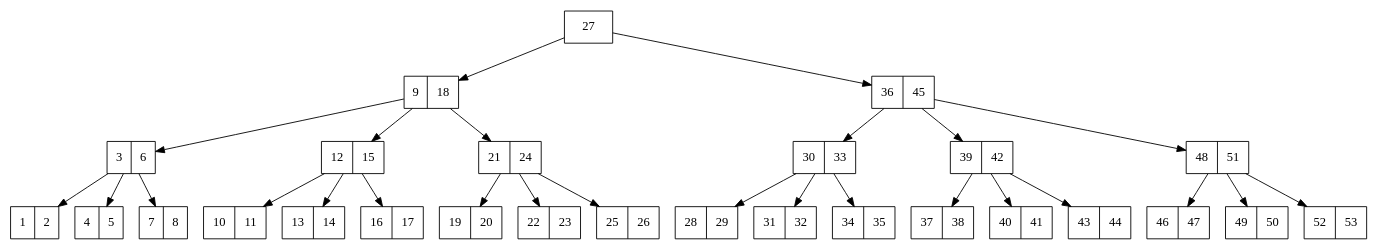
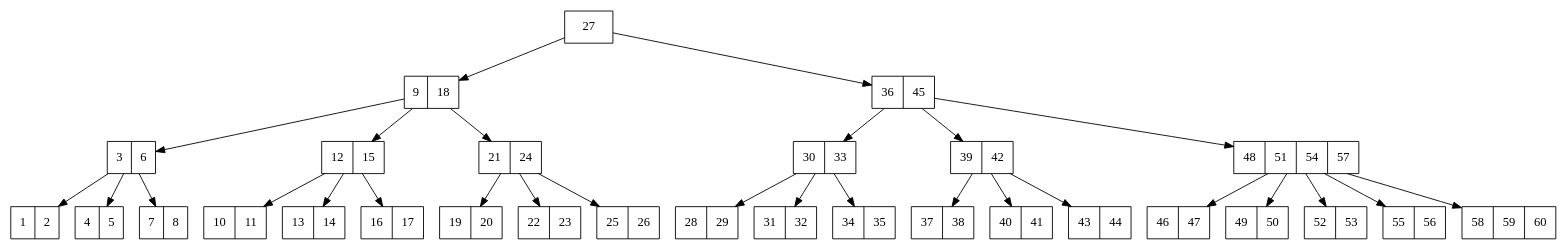
Before and after one commit to santiago3223/ULaSalle: the diagram in BTree/archivo.dot, drawn with Graphviz. The commit also changed 215 other files, not shown here.

```diff
--- a/BTree/archivo.dot
+++ b/BTree/archivo.dot
@@ -1,55 +1,59 @@
 digraph {
-"0x23247a0"[shape=record, label="{{ 27} } "];
-"0x2323f20"[shape=record, label="{{ 9|18} } "];
-"0x2323ca0"[shape=record, label="{{ 3|6} } "];
-"0x2323c20"[shape=record, label="{{ 1|2} } "];
-"0x2323ca0"->"0x2323c20"
-"0x2323d20"[shape=record, label="{{ 4|5} } "];
-"0x2323ca0"->"0x2323d20"
-"0x2323da0"[shape=record, label="{{ 7|8} } "];
-"0x2323ca0"->"0x2323da0"
-"0x2323f20"->"0x2323ca0"
-"0x2323fa0"[shape=record, label="{{ 12|15} } "];
-"0x2323e20"[shape=record, label="{{ 10|11} } "];
-"0x2323fa0"->"0x2323e20"
-"0x2323ea0"[shape=record, label="{{ 13|14} } "];
-"0x2323fa0"->"0x2323ea0"
-"0x2324020"[shape=record, label="{{ 16|17} } "];
-"0x2323fa0"->"0x2324020"
-"0x2323f20"->"0x2323fa0"
-"0x23241a0"[shape=record, label="{{ 21|24} } "];
-"0x23240a0"[shape=record, label="{{ 19|20} } "];
-"0x23241a0"->"0x23240a0"
-"0x2324120"[shape=record, label="{{ 22|23} } "];
-"0x23241a0"->"0x2324120"
-"0x2324220"[shape=record, label="{{ 25|26} } "];
-"0x23241a0"->"0x2324220"
-"0x2323f20"->"0x23241a0"
-"0x23247a0"->"0x2323f20"
-"0x2324820"[shape=record, label="{{ 36|45} } "];
-"0x23243a0"[shape=record, label="{{ 30|33} } "];
-"0x23242a0"[shape=record, label="{{ 28|29} } "];
-"0x23243a0"->"0x23242a0"
-"0x2324320"[shape=record, label="{{ 31|32} } "];
-"0x23243a0"->"0x2324320"
-"0x2324420"[shape=record, label="{{ 34|35} } "];
-"0x23243a0"->"0x2324420"
-"0x2324820"->"0x23243a0"
-"0x23245a0"[shape=record, label="{{ 39|42} } "];
-"0x23244a0"[shape=record, label="{{ 37|38} } "];
-"0x23245a0"->"0x23244a0"
-"0x2324520"[shape=record, label="{{ 40|41} } "];
-"0x23245a0"->"0x2324520"
-"0x2324620"[shape=record, label="{{ 43|44} } "];
-"0x23245a0"->"0x2324620"
-"0x2324820"->"0x23245a0"
-"0x23248a0"[shape=record, label="{{ 48|51} } "];
-"0x23246a0"[shape=record, label="{{ 46|47} } "];
-"0x23248a0"->"0x23246a0"
-"0x2324720"[shape=record, label="{{ 49|50} } "];
-"0x23248a0"->"0x2324720"
-"0x2324920"[shape=record, label="{{ 52|53} } "];
-"0x23248a0"->"0x2324920"
-"0x2324820"->"0x23248a0"
-"0x23247a0"->"0x2324820"
+"0x9c27a0"[shape=record, label="{{ 27} } "];
+"0x9c1f20"[shape=record, label="{{ 9|18} } "];
+"0x9c1ca0"[shape=record, label="{{ 3|6} } "];
+"0x9c1c20"[shape=record, label="{{ 1|2} } "];
+"0x9c1ca0"->"0x9c1c20"
+"0x9c1d20"[shape=record, label="{{ 4|5} } "];
+"0x9c1ca0"->"0x9c1d20"
+"0x9c1da0"[shape=record, label="{{ 7|8} } "];
+"0x9c1ca0"->"0x9c1da0"
+"0x9c1f20"->"0x9c1ca0"
+"0x9c1fa0"[shape=record, label="{{ 12|15} } "];
+"0x9c1e20"[shape=record, label="{{ 10|11} } "];
+"0x9c1fa0"->"0x9c1e20"
+"0x9c1ea0"[shape=record, label="{{ 13|14} } "];
+"0x9c1fa0"->"0x9c1ea0"
+"0x9c2020"[shape=record, label="{{ 16|17} } "];
+"0x9c1fa0"->"0x9c2020"
+"0x9c1f20"->"0x9c1fa0"
+"0x9c21a0"[shape=record, label="{{ 21|24} } "];
+"0x9c20a0"[shape=record, label="{{ 19|20} } "];
+"0x9c21a0"->"0x9c20a0"
+"0x9c2120"[shape=record, label="{{ 22|23} } "];
+"0x9c21a0"->"0x9c2120"
+"0x9c2220"[shape=record, label="{{ 25|26} } "];
+"0x9c21a0"->"0x9c2220"
+"0x9c1f20"->"0x9c21a0"
+"0x9c27a0"->"0x9c1f20"
+"0x9c2820"[shape=record, label="{{ 36|45} } "];
+"0x9c23a0"[shape=record, label="{{ 30|33} } "];
+"0x9c22a0"[shape=record, label="{{ 28|29} } "];
+"0x9c23a0"->"0x9c22a0"
+"0x9c2320"[shape=record, label="{{ 31|32} } "];
+"0x9c23a0"->"0x9c2320"
+"0x9c2420"[shape=record, label="{{ 34|35} } "];
+"0x9c23a0"->"0x9c2420"
+"0x9c2820"->"0x9c23a0"
+"0x9c25a0"[shape=record, label="{{ 39|42} } "];
+"0x9c24a0"[shape=record, label="{{ 37|38} } "];
+"0x9c25a0"->"0x9c24a0"
+"0x9c2520"[shape=record, label="{{ 40|41} } "];
+"0x9c25a0"->"0x9c2520"
+"0x9c2620"[shape=record, label="{{ 43|44} } "];
+"0x9c25a0"->"0x9c2620"
+"0x9c2820"->"0x9c25a0"
+"0x9c28a0"[shape=record, label="{{ 48|51|54|57} } "];
+"0x9c26a0"[shape=record, label="{{ 46|47} } "];
+"0x9c28a0"->"0x9c26a0"
+"0x9c2720"[shape=record, label="{{ 49|50} } "];
+"0x9c28a0"->"0x9c2720"
+"0x9c2920"[shape=record, label="{{ 52|53} } "];
+"0x9c28a0"->"0x9c2920"
+"0x9c29a0"[shape=record, label="{{ 55|56} } "];
+"0x9c28a0"->"0x9c29a0"
+"0x9c2a20"[shape=record, label="{{ 58|59|60} } "];
+"0x9c28a0"->"0x9c2a20"
+"0x9c2820"->"0x9c28a0"
+"0x9c27a0"->"0x9c2820"
  }
```
